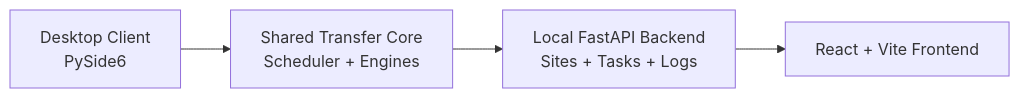
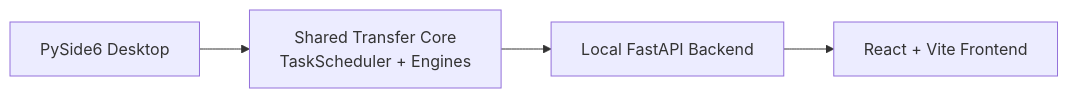
One commit to lllllllama/SSHFerry changed the diagram in README.md. Above: the diagram before and after it, drawn with Mermaid. The commit also changed other lines of this file and 23 other files, not shown here.

````diff
--- a/README.md
+++ b/README.md
@@ -44,6 +43,6 @@
 ```mermaid
 flowchart LR
-    A[Desktop Client<br/>PySide6] --> B[Shared Transfer Core<br/>Scheduler + Engines]
-    B --> C[Local FastAPI Backend<br/>Sites + Tasks + Logs]
+    A[PySide6 Desktop] --> B[Shared Transfer Core<br/>TaskScheduler + Engines]
+    B --> C[Local FastAPI Backend]
     C --> D[React + Vite Frontend]
 ```
````
